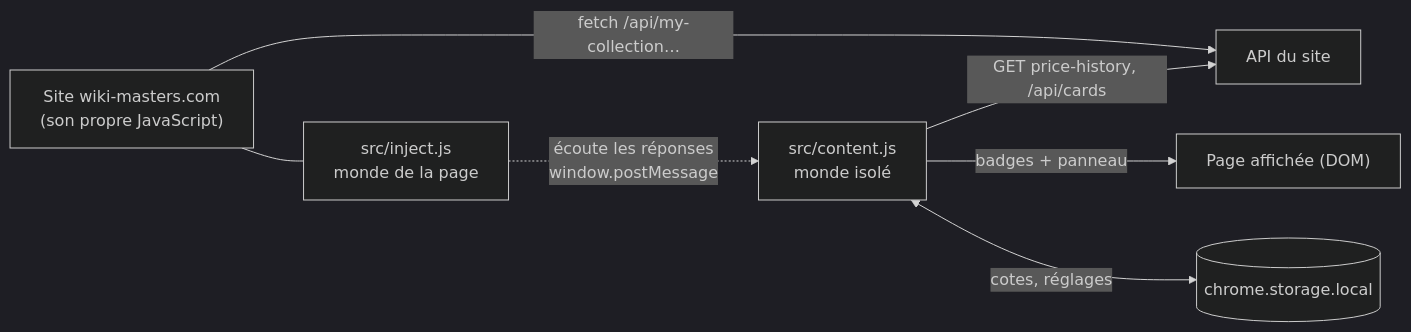
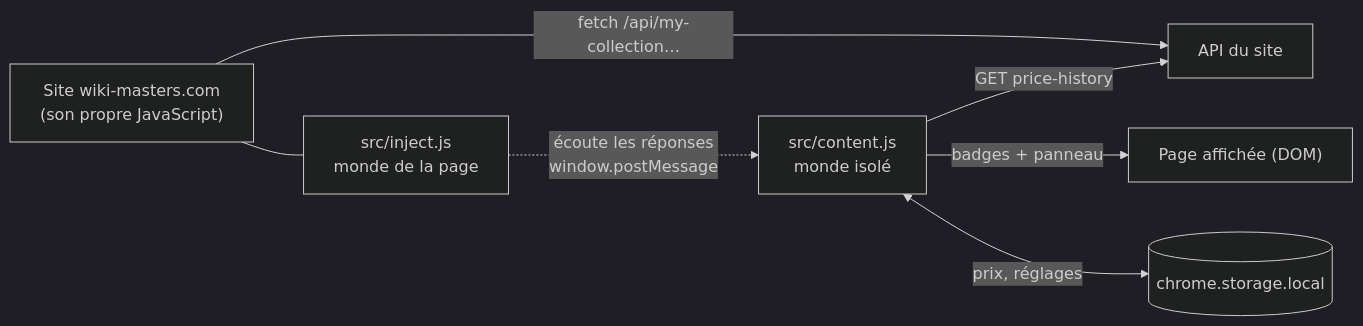
The diagram in README.md (MaKSiiMe/WikiMastered-extension), drawn with Mermaid (dark theme) before and after one commit. The commit also changed other lines of this file and 6 other files, not shown here.

````diff
--- a/README.md
+++ b/README.md
@@ -41,9 +48,9 @@
 ```mermaid
 flowchart LR
     S["Site wiki-masters.com<br/>(son propre JavaScript)"] -->|"fetch /api/my-collection…"| A["API du site"]
     I["src/inject.js<br/>monde de la page"] -. "écoute les réponses<br/>window.postMessage" .-> C["src/content.js<br/>monde isolé"]
     S --- I
-    C -->|"GET price-history, /api/cards"| A
+    C -->|"GET price-history"| A
     C -->|"badges + panneau"| D["Page affichée (DOM)"]
-    C <-->|"cotes, réglages"| ST[("chrome.storage.local")]
+    C <-->|"prix, réglages"| ST[("chrome.storage.local")]
 ```
````
